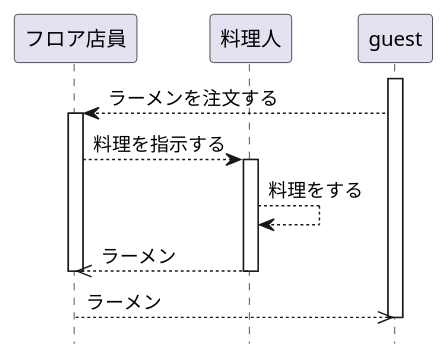
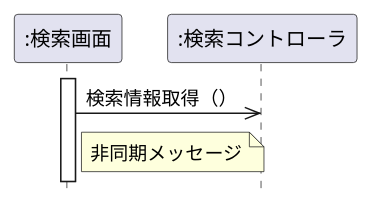
Before and after one commit to itchita/uml-introduction: the diagram in 演習4-2_SD_利用者と予約画面.pu, drawn with PlantUML.

Commit message:
直し

```diff
--- a/演習4-2_SD_利用者と予約画面.pu
+++ b/演習4-2_SD_利用者と予約画面.pu
@@ -1,16 +1,13 @@
-@startuml abs
-hide footbox
-participant "フロア店員" as clerk
-participant "料理人" as cooker
-activate guest
-guest-->clerk:ラーメンを注文する
-activate clerk
-clerk-->cooker:料理を指示する
-activate cooker
-cooker-->cooker:料理をする
-clerk<<--cooker:ラーメン
-deactivate cooker
-deactivate clerk
-guest<<--clerk:ラーメン
-deactivate guest
+@startuml
+
+ hide footbox
+skinparam style strictuml /' 厳密なUMLに準拠する'/
+participant ":検索画面" as seach
+participant ":検索コントローラ" as control
+activate seach
+
+seach ->> control: 検索情報取得（）
+deactivate control
+note right of seach : 非同期メッセージ
+
 @enduml
```
